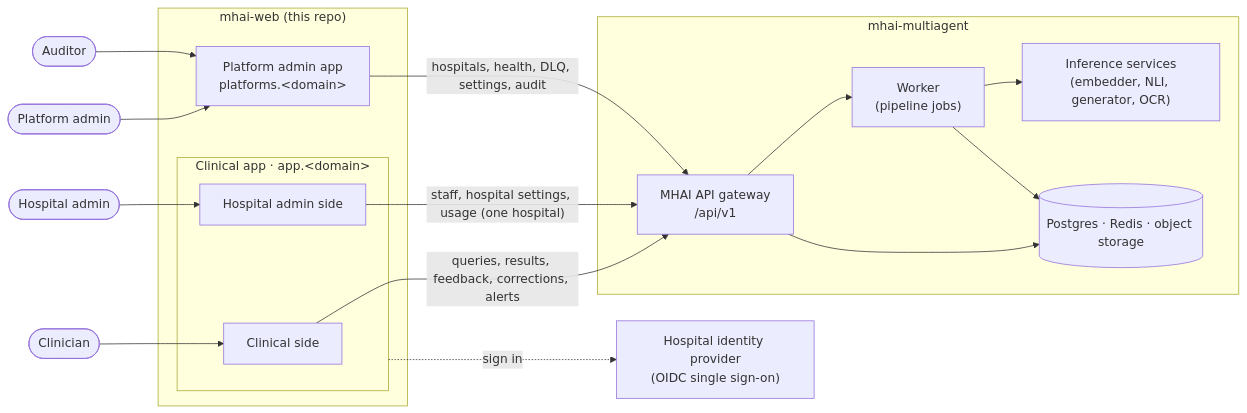
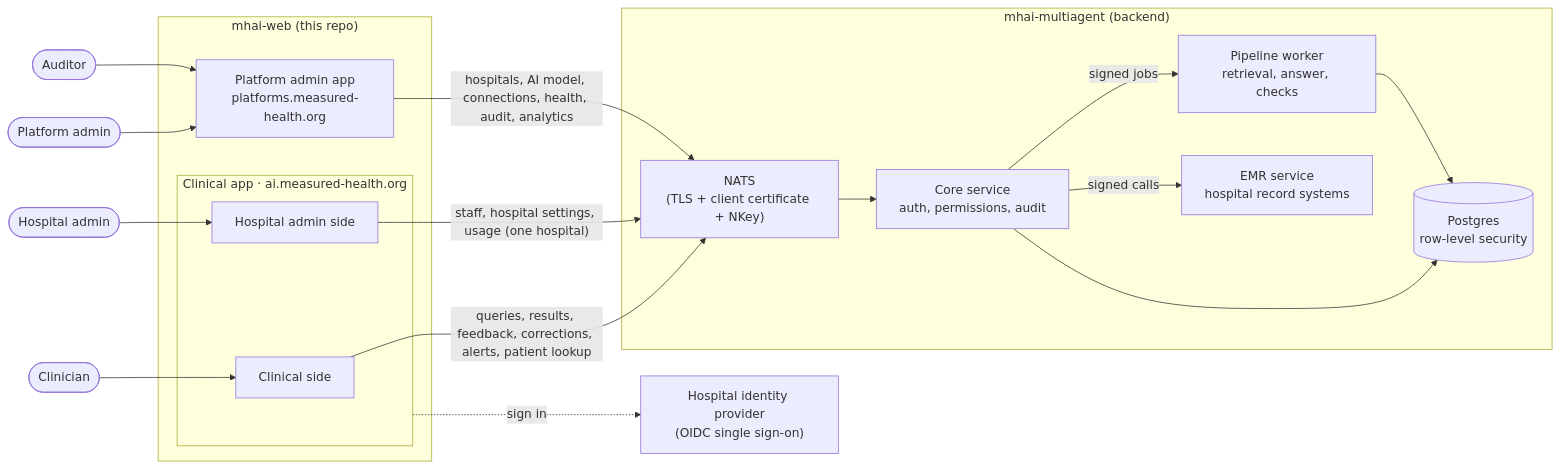
The first of 9 diagrams in ARCHITECTURE.md (Measured-Health/mhai-web), drawn with Mermaid before and after one commit. The commit also changed other lines of this file, not shown here.

First line of the commit message:
ARCHITECTURE.md: the apps as they are on 27 Nov 2026

````diff
--- a/ARCHITECTURE.md
+++ b/ARCHITECTURE.md
@@ -27,36 +33,39 @@
 ```mermaid
 flowchart LR
     clin([Clinician])
     hadm([Hospital admin])
     padm([Platform admin])
     aud([Auditor])
 
     subgraph web["mhai-web (this repo)"]
-        subgraph capp["Clinical app · app.&lt;domain&gt;"]
+        subgraph capp["Clinical app · ai.measured-health.org"]
             cside["Clinical side"]
             hside["Hospital admin side"]
         end
-        aapp["Platform admin app<br/>platforms.&lt;domain&gt;"]
+        aapp["Platform admin app<br/>platforms.measured-health.org"]
     end
 
     idp["Hospital identity provider<br/>(OIDC single sign-on)"]
 
-    subgraph api["mhai-multiagent"]
-        gw["MHAI API gateway<br/>/api/v1"]
-        wk["Worker<br/>(pipeline jobs)"]
-        inf["Inference services<br/>(embedder, NLI, generator, OCR)"]
-        db[("Postgres · Redis · object storage")]
+    subgraph api["mhai-multiagent (backend)"]
+        nats["NATS<br/>(TLS + client certificate + NKey)"]
+        core["Core service<br/>auth, permissions, audit"]
+        wk["Pipeline worker<br/>retrieval, answer, checks"]
+        emr["EMR service<br/>hospital record systems"]
+        db[("Postgres<br/>row-level security")]
     end
 
     clin --> cside
     hadm --> hside
     padm --> aapp
     aud --> aapp
-    cside -- "queries, results, feedback, corrections, alerts" --> gw
-    hside -- "staff, hospital settings, usage (one hospital)" --> gw
-    aapp -- "hospitals, health, DLQ, settings, audit" --> gw
+    cside -- "queries, results, feedback, corrections, alerts, patient lookup" --> nats
+    hside -- "staff, hospital settings, usage (one hospital)" --> nats
+    aapp -- "hospitals, AI model, connections, health, audit, analytics" --> nats
     capp -. "sign in" .-> idp
-    gw --> wk --> inf
-    gw --> db
+    nats --> core
+    core --> db
+    core -- "signed jobs" --> wk
+    core -- "signed calls" --> emr
     wk --> db
 ```
````
